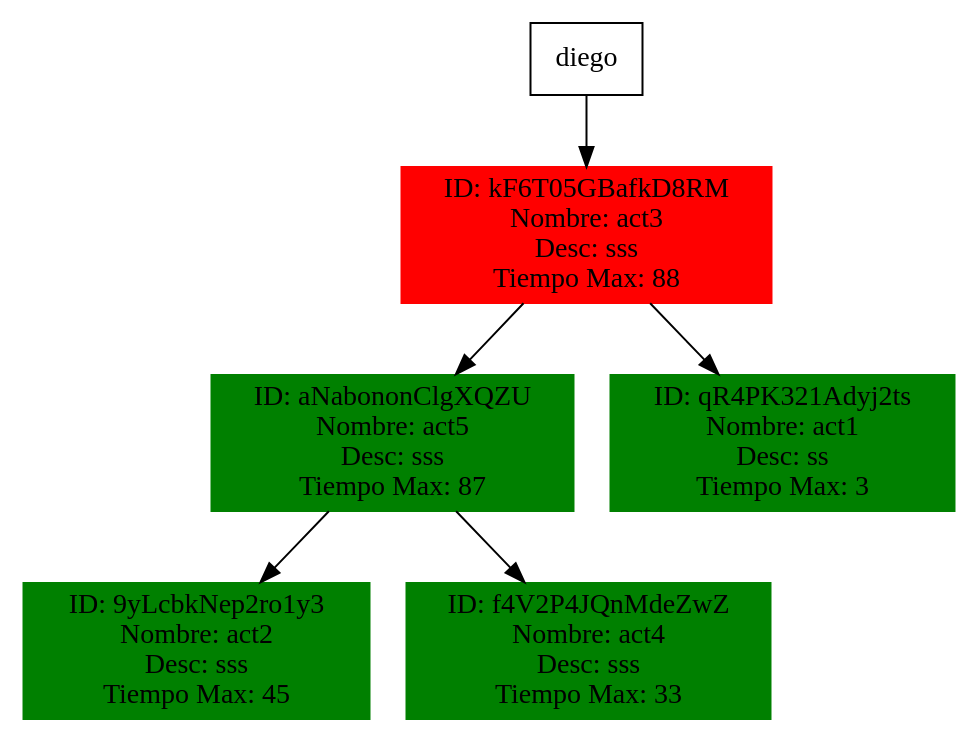
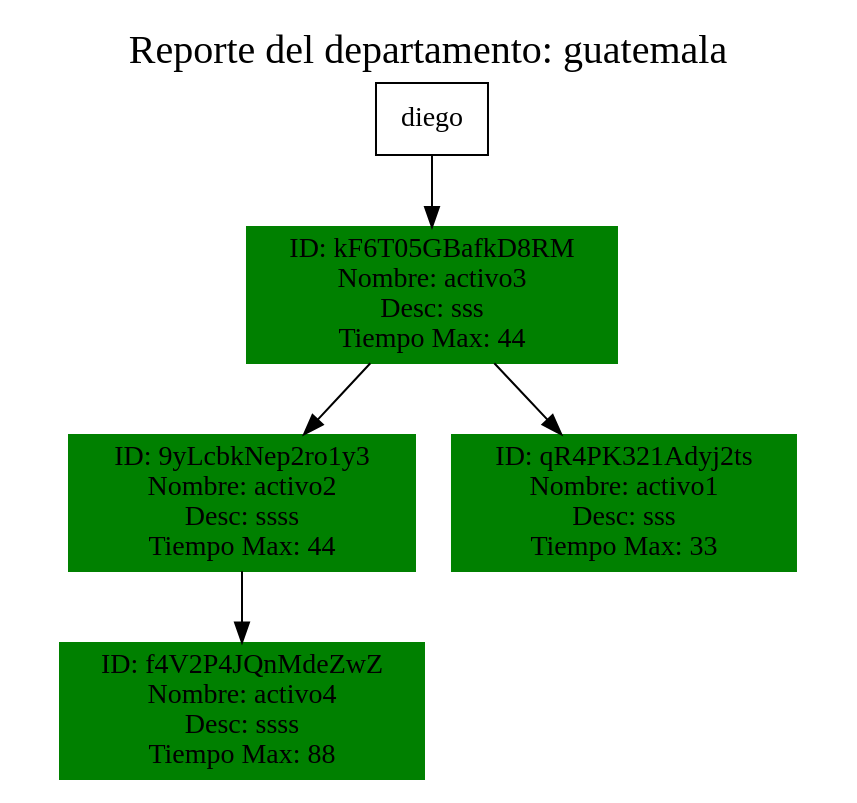
Before and after one commit to DavidVelasquez77/EDD_PROYECTO1: the diagram in output/reporte_activos_departamento.dot, drawn with Graphviz. The commit also changed 3 other files, not shown here.

```diff
--- a/output/reporte_activos_departamento.dot
+++ b/output/reporte_activos_departamento.dot
@@ -1,15 +1,16 @@
 digraph ArbolActivos {
+    label="Reporte del departamento: guatemala";
+    labelloc="t";
+    fontsize=20;
     node [shape=rectangle];
     rankdir=TB;
     "diego" [label="diego"];
-    "diego_kF6T05GBafkD8RM" [label="ID: kF6T05GBafkD8RM\nNombre: act3\nDesc: sss\nTiempo Max: 88", color="red", style=filled, fillcolor="red"];
+    "diego_kF6T05GBafkD8RM" [label="ID: kF6T05GBafkD8RM\nNombre: activo3\nDesc: sss\nTiempo Max: 44", color="green", style=filled, fillcolor="green"];
     "diego" -> "diego_kF6T05GBafkD8RM";
-    "diego_aNabononClgXQZU" [label="ID: aNabononClgXQZU\nNombre: act5\nDesc: sss\nTiempo Max: 87", color="green", style=filled, fillcolor="green"];
-    "diego_kF6T05GBafkD8RM" -> "diego_aNabononClgXQZU";
-    "diego_9yLcbkNep2ro1y3" [label="ID: 9yLcbkNep2ro1y3\nNombre: act2\nDesc: sss\nTiempo Max: 45", color="green", style=filled, fillcolor="green"];
-    "diego_aNabononClgXQZU" -> "diego_9yLcbkNep2ro1y3";
-    "diego_f4V2P4JQnMdeZwZ" [label="ID: f4V2P4JQnMdeZwZ\nNombre: act4\nDesc: sss\nTiempo Max: 33", color="green", style=filled, fillcolor="green"];
-    "diego_aNabononClgXQZU" -> "diego_f4V2P4JQnMdeZwZ";
-    "diego_qR4PK321Adyj2ts" [label="ID: qR4PK321Adyj2ts\nNombre: act1\nDesc: ss\nTiempo Max: 3", color="green", style=filled, fillcolor="green"];
+    "diego_9yLcbkNep2ro1y3" [label="ID: 9yLcbkNep2ro1y3\nNombre: activo2\nDesc: ssss\nTiempo Max: 44", color="green", style=filled, fillcolor="green"];
+    "diego_kF6T05GBafkD8RM" -> "diego_9yLcbkNep2ro1y3";
+    "diego_f4V2P4JQnMdeZwZ" [label="ID: f4V2P4JQnMdeZwZ\nNombre: activo4\nDesc: ssss\nTiempo Max: 88", color="green", style=filled, fillcolor="green"];
+    "diego_9yLcbkNep2ro1y3" -> "diego_f4V2P4JQnMdeZwZ";
+    "diego_qR4PK321Adyj2ts" [label="ID: qR4PK321Adyj2ts\nNombre: activo1\nDesc: sss\nTiempo Max: 33", color="green", style=filled, fillcolor="green"];
     "diego_kF6T05GBafkD8RM" -> "diego_qR4PK321Adyj2ts";
 }
```
